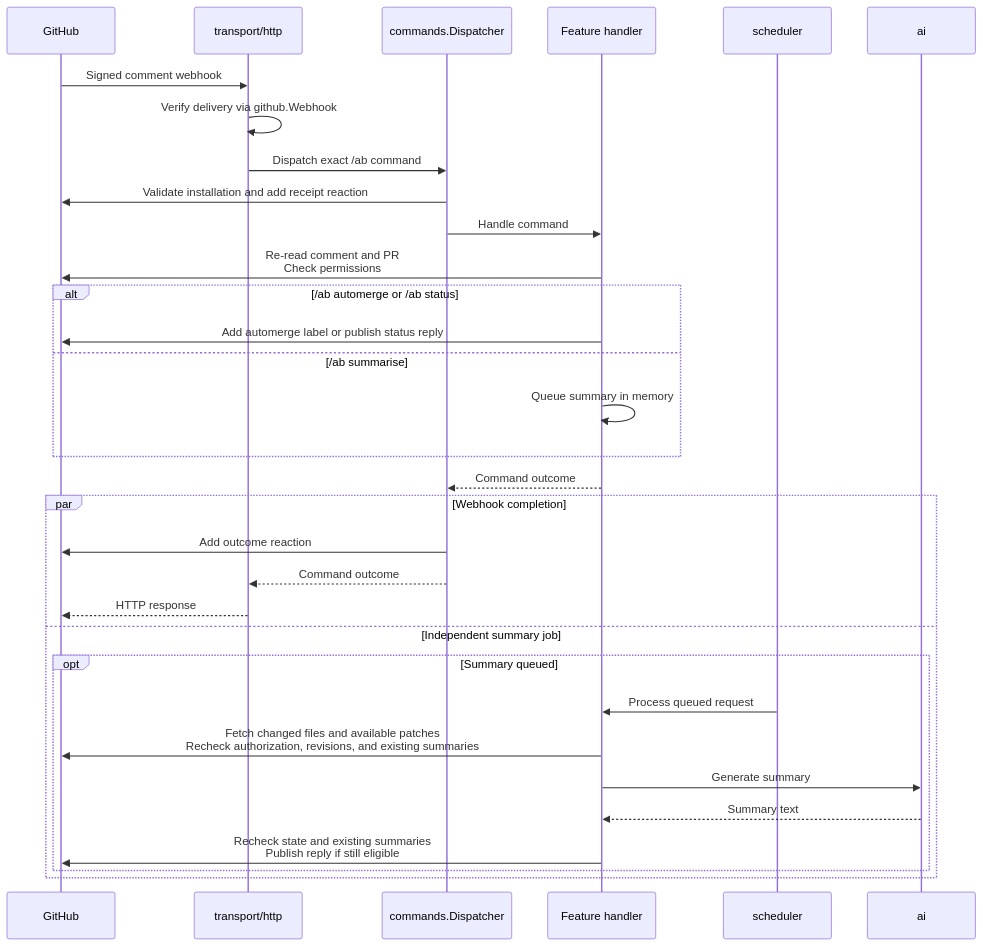
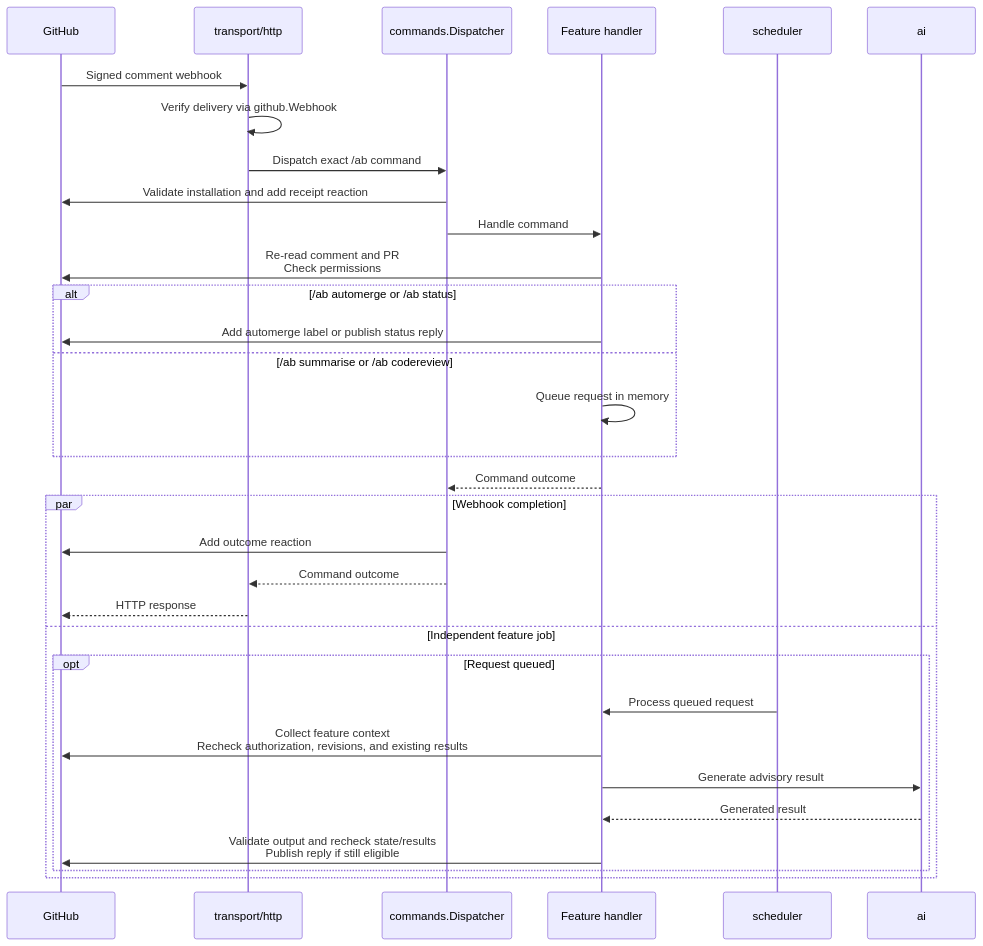
Before and after one commit to alexfalkowski/abgleich: the second of 2 diagrams in README.md, drawn with Mermaid. The commit also changed other lines of this file and 104 other files, not shown here.

First line of the commit message:
feat(codereview): add advisory pull request reviews (#58)

````diff
--- a/README.md
+++ b/README.md
@@ -702,34 +770,34 @@
 ```mermaid
 sequenceDiagram
     participant G as GitHub
     participant H as transport/http
     participant D as commands.Dispatcher
     participant F as Feature handler
     participant S as scheduler
     participant A as ai
     G->>H: Signed comment webhook
     H->>H: Verify delivery via github.Webhook
     H->>D: Dispatch exact /ab command
     D->>G: Validate installation and add receipt reaction
     D->>F: Handle command
     F->>G: Re-read comment and PR<br/>Check permissions
     alt /ab automerge or /ab status
         F->>G: Add automerge label or publish status reply
-    else /ab summarise
-        F->>F: Queue summary in memory
+    else /ab summarise or /ab codereview
+        F->>F: Queue request in memory
     end
     F-->>D: Command outcome
     par Webhook completion
         D->>G: Add outcome reaction
         D-->>H: Command outcome
         H-->>G: HTTP response
-    and Independent summary job
-        opt Summary queued
+    and Independent feature job
+        opt Request queued
             S->>F: Process queued request
-            F->>G: Fetch changed files and available patches<br/>Recheck authorization, revisions, and existing summaries
-            F->>A: Generate summary
-            A-->>F: Summary text
-            F->>G: Recheck state and existing summaries<br/>Publish reply if still eligible
+            F->>G: Collect feature context<br/>Recheck authorization, revisions, and existing results
+            F->>A: Generate advisory result
+            A-->>F: Generated result
+            F->>G: Validate output and recheck state/results<br/>Publish reply if still eligible
         end
     end
 ```
````
